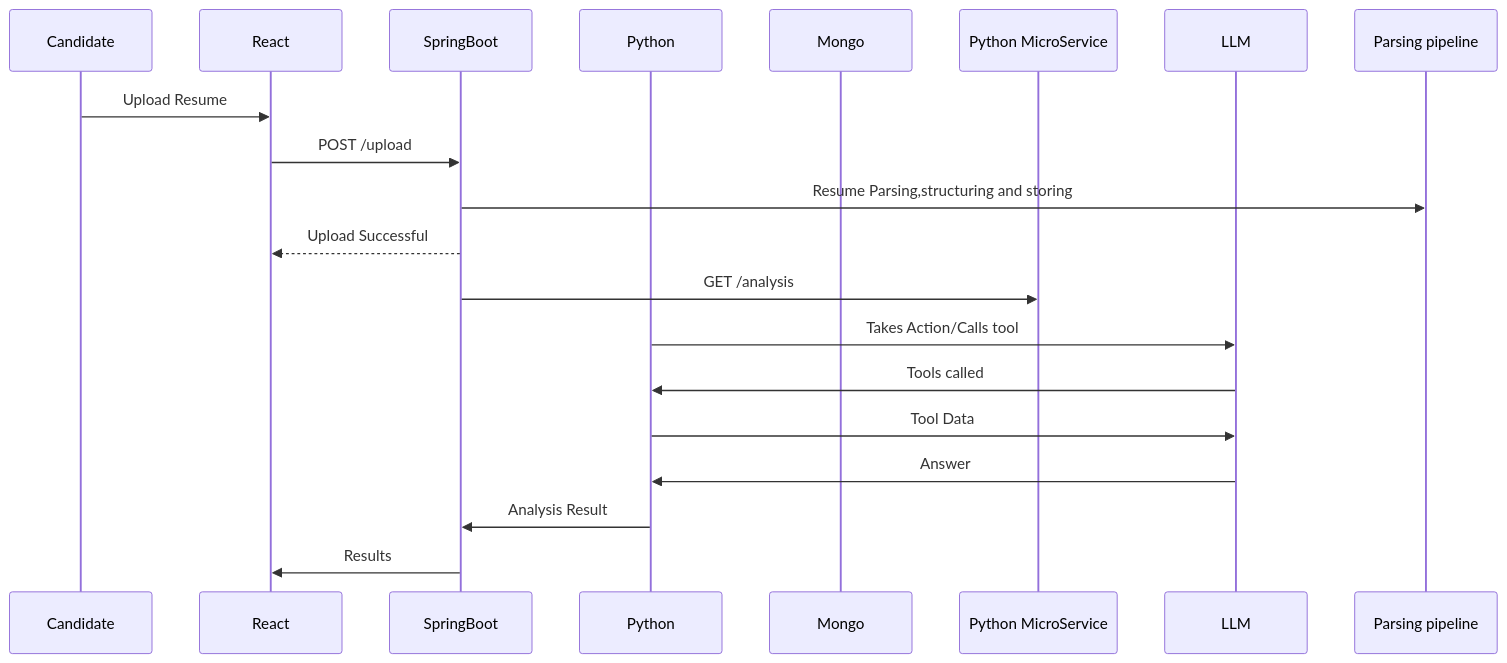
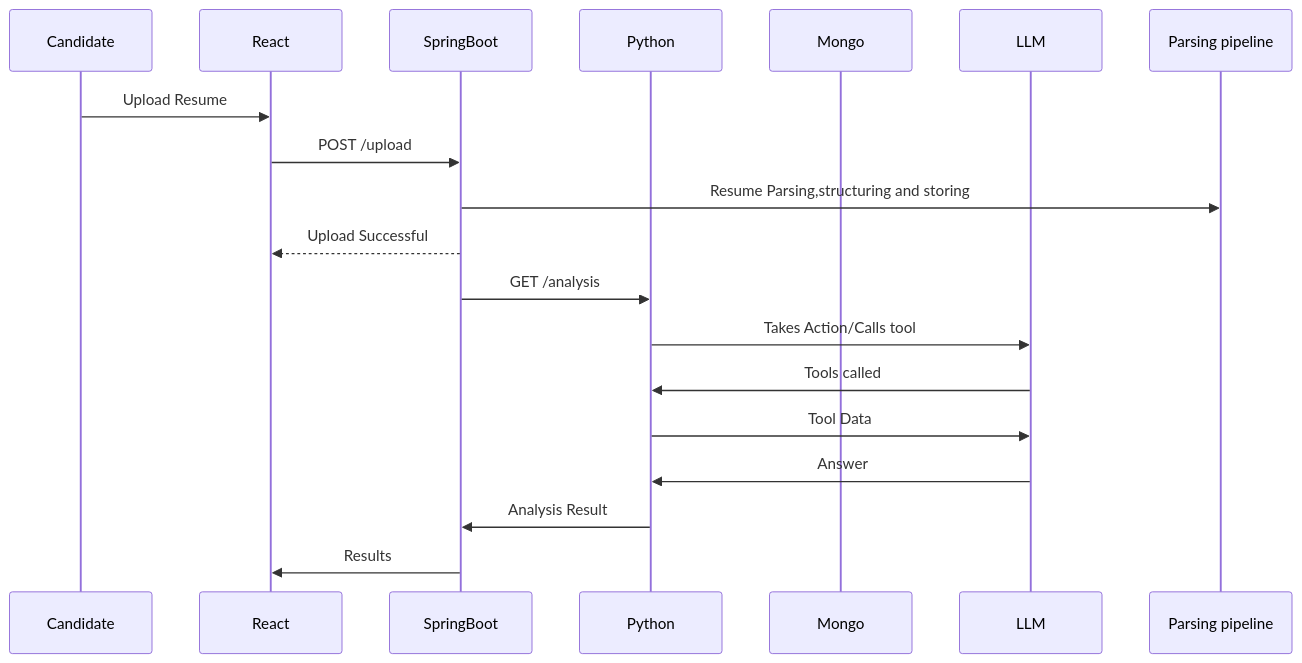
One commit to Rishu2905/candidate-ai-portal changed the seventh of 7 diagrams in README.md. Above: the diagram before and after it, drawn with Mermaid.

````diff
--- a/README.md
+++ b/README.md
@@ -268,39 +268,38 @@
 ```mermaid
 sequenceDiagram
 
     participant Candidate
 
     participant React
 
     participant SpringBoot
 
     participant Python
 
     participant Mongo
-    participant Python MicroService
     participant LLM
     participant Parsing pipeline
 
     Candidate->>React: Upload Resume
 
     React->>SpringBoot: POST /upload
 
     SpringBoot->>Parsing pipeline: Resume Parsing,structuring and storing
 
     SpringBoot-->>React: Upload Successful
 
-    SpringBoot->>Python MicroService: GET /analysis
+    SpringBoot->>Python: GET /analysis
 
     Python->>LLM: Takes Action/Calls tool
 
     LLM->>Python: Tools called
 
     Python->>LLM: Tool Data
 
     LLM->>Python: Answer
 
     Python->>SpringBoot: Analysis Result
 
     SpringBoot->>React: Results
 
 ```
````
